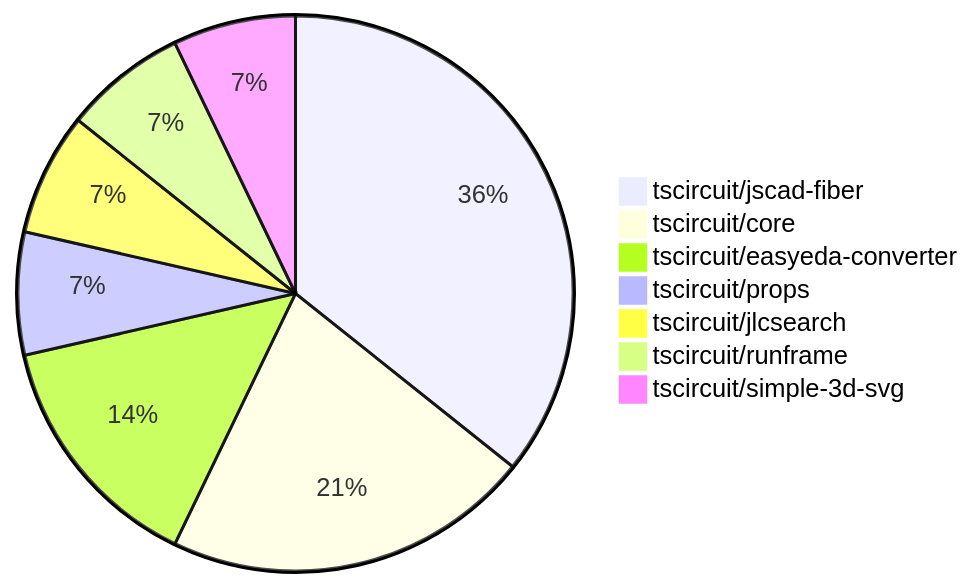
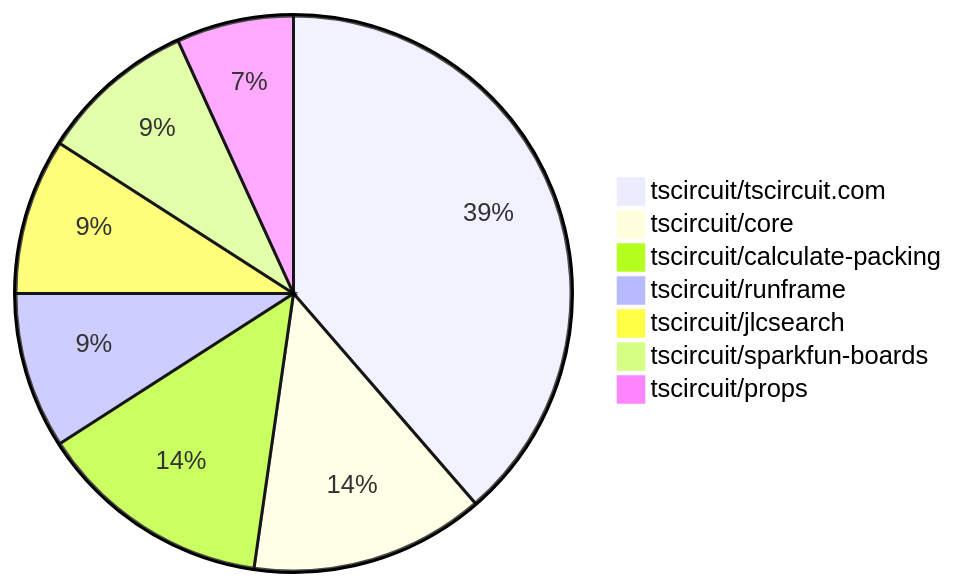
One commit to tscircuit/contribution-tracker changed the second of 2 diagrams in contribution-overviews/2025-08-13.md. Above: the diagram before and after it, drawn with Mermaid. The commit also changed other lines of this file and 3 other files, not shown here.

````diff
--- a/contribution-overviews/2025-08-13.md
+++ b/contribution-overviews/2025-08-13.md
@@ -55,10 +72,10 @@
 ```mermaid
 pie
-    "tscircuit/jscad-fiber" : 5
-    "tscircuit/core" : 3
-    "tscircuit/easyeda-converter" : 2
-    "tscircuit/props" : 1
-    "tscircuit/jlcsearch" : 1
-    "tscircuit/runframe" : 1
-    "tscircuit/simple-3d-svg" : 1
+    "tscircuit/tscircuit.com" : 17
+    "tscircuit/core" : 6
+    "tscircuit/calculate-packing" : 6
+    "tscircuit/runframe" : 4
+    "tscircuit/jlcsearch" : 4
+    "tscircuit/sparkfun-boards" : 4
+    "tscircuit/props" : 3
 ```
````
